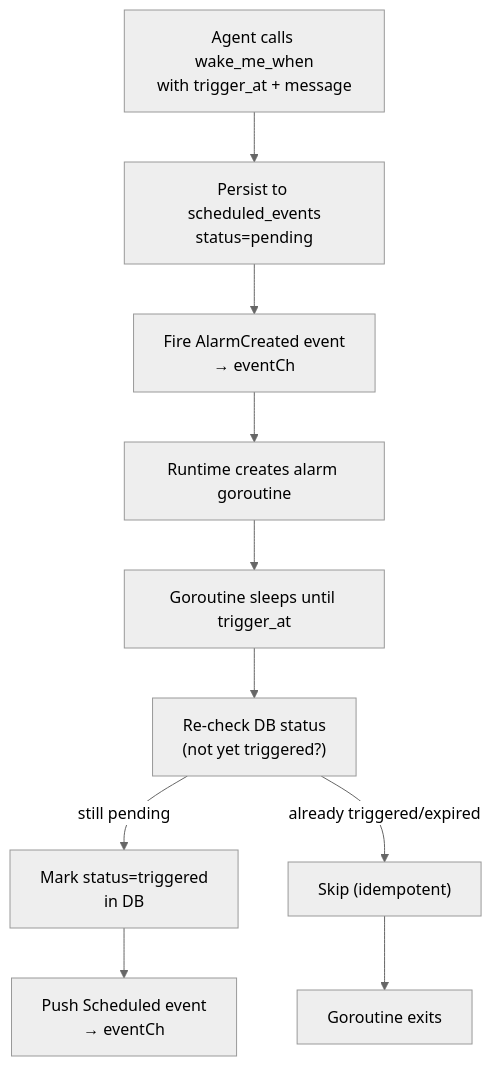
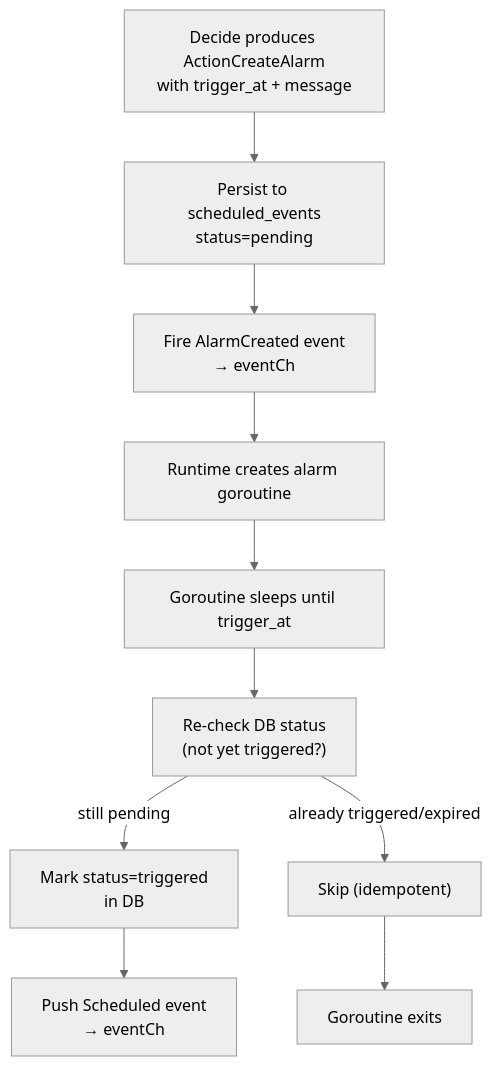
Diagram 12 of 14 in doc/engineering_implements/agent-runtime-event-loop.md (KoanJan/qingqiu-world), drawn with Mermaid (neutral theme) before and after one commit. The commit also changed other lines of this file and 36 other files, not shown here.

First line of the commit message:
feat: add proactive conversation and alarm action for agents

````diff
--- a/doc/engineering_implements/agent-runtime-event-loop.md
+++ b/doc/engineering_implements/agent-runtime-event-loop.md
@@ -469,12 +493,12 @@
 ```mermaid
 flowchart TD
-    AgentCall["Agent calls wake_me_when<br/>with trigger_at + message"] --> Persist["Persist to scheduled_events<br/>status=pending"]
+    AgentCall["Decide produces ActionCreateAlarm<br/>with trigger_at + message"] --> Persist["Persist to scheduled_events<br/>status=pending"]
     Persist --> FireEvent["Fire AlarmCreated event<br/>→ eventCh"]
     FireEvent --> Runtime["Runtime creates alarm goroutine"]
     Runtime --> Wait["Goroutine sleeps until trigger_at"]
     Wait --> Recheck["Re-check DB status<br/>(not yet triggered?)"]
     Recheck -->|still pending| MarkTriggered["Mark status=triggered<br/>in DB"]
     Recheck -->|already triggered/expired| Skip["Skip (idempotent)"]
     MarkTriggered --> PushEvent["Push Scheduled event<br/>→ eventCh"]
     Skip --> End["Goroutine exits"]
 ```
````
